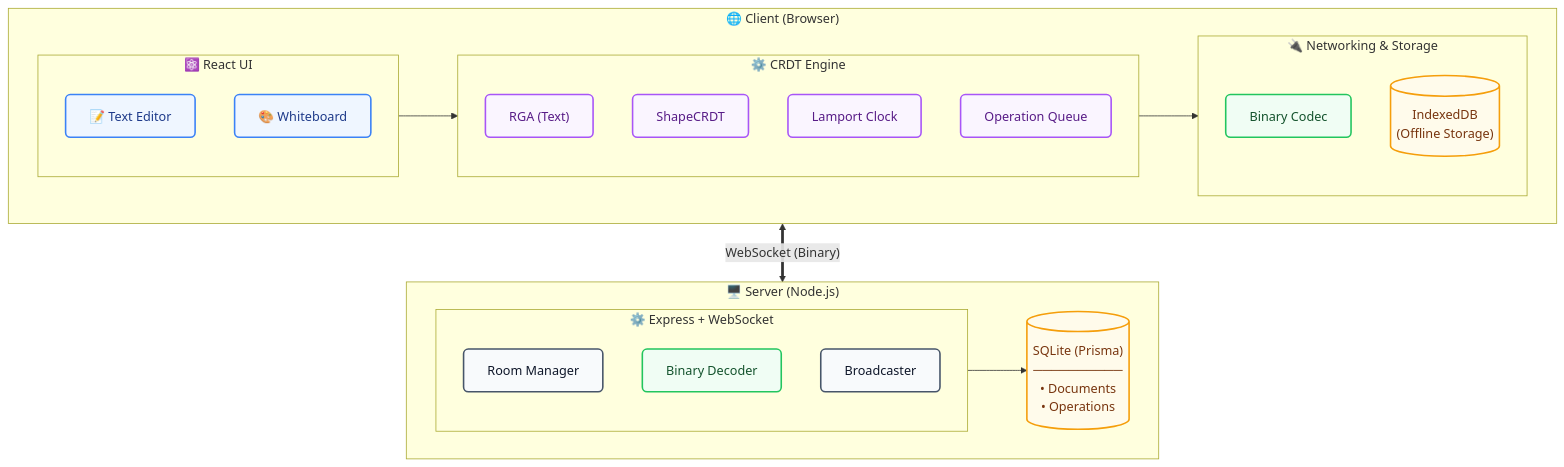
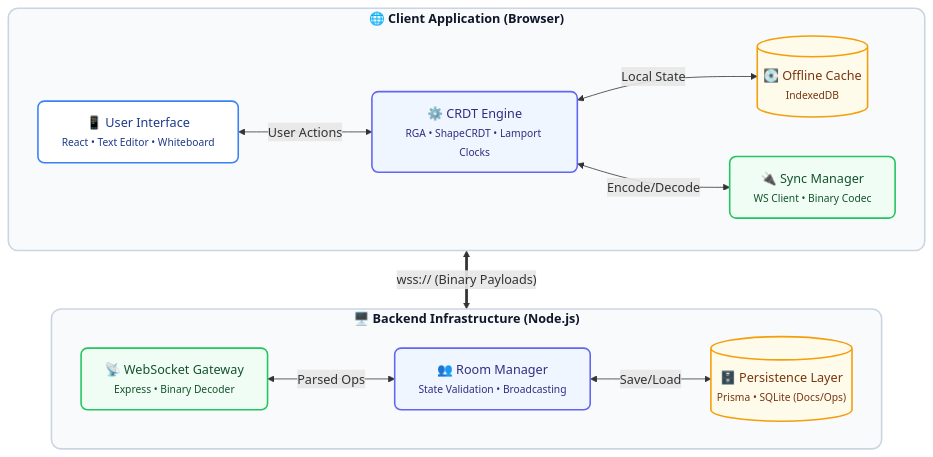
Before and after one commit to thapasubashb/Canvas_Sync: the diagram in README.md, drawn with Mermaid.

Commit message:
created  an architure look

````diff
--- a/README.md
+++ b/README.md
@@ -10,55 +10,46 @@
 ```mermaid
 flowchart TD
-    %% Define Custom Styles
-    classDef ui fill:#eff6ff,stroke:#3b82f6,stroke-width:2px,color:#1e3a8a,rx:6px
-    classDef crdt fill:#faf5ff,stroke:#a855f7,stroke-width:2px,color:#581c87,rx:6px
-    classDef net fill:#f0fdf4,stroke:#22c55e,stroke-width:2px,color:#14532d,rx:6px
-    classDef server fill:#f8fafc,stroke:#475569,stroke-width:2px,color:#0f172a,rx:6px
-    classDef db fill:#fffbeb,stroke:#f59e0b,stroke-width:2px,color:#78350f,rx:6px
+    %% 1. Define Modern, Corporate Styles
+    classDef boundary fill:#f8fafc,stroke:#cbd5e1,stroke-width:2px,rx:12px,color:#0f172a,font-weight:bold
+    classDef ui fill:#ffffff,stroke:#3b82f6,stroke-width:2px,rx:8px,color:#1e3a8a
+    classDef core fill:#eff6ff,stroke:#6366f1,stroke-width:2px,rx:8px,color:#312e81
+    classDef network fill:#f0fdf4,stroke:#22c55e,stroke-width:2px,rx:8px,color:#14532d
+    classDef storage fill:#fffbeb,stroke:#f59e0b,stroke-width:2px,rx:8px,color:#78350f
 
-    %% CLIENT SECTION
-    subgraph Client ["🌐 Client (Browser)"]
+    %% 2. Client Architecture
+    subgraph Client ["🌐 Client Application (Browser)"]
         direction LR
         
-        subgraph UI ["⚛️ React UI"]
-            direction TB
-            Editor["📝 Text Editor"]:::ui
-            Whiteboard["🎨 Whiteboard"]:::ui
-        end
-
-        subgraph CRDT ["⚙️ CRDT Engine"]
-            direction TB
-            RGA["RGA (Text)"]:::crdt
-            Shape["ShapeCRDT"]:::crdt
-            Clock["Lamport Clock"]:::crdt
-            OpQ["Operation Queue"]:::crdt
-        end
-
-        subgraph ClientNet ["🔌 Networking & Storage"]
-            direction TB
-            CodecC["Binary Codec"]:::net
-            IDB[("IndexedDB<br/>(Offline Storage)")]:::db
-        end
-
-        UI --> CRDT --> ClientNet
+        UI["📱 User Interface<br/><span style='font-size:13px;font-weight:normal;color:#475569'>React • Text Editor • Whiteboard</span>"]:::ui
+        
+        CRDT["⚙️ CRDT Engine<br/><span style='font-size:13px;font-weight:normal;color:#475569'>RGA • ShapeCRDT • Lamport Clocks</span>"]:::core
+        
+        Sync["🔌 Sync Manager<br/><span style='font-size:13px;font-weight:normal;color:#475569'>WS Client • Binary Codec</span>"]:::network
+        
+        IDB[("💽 Offline Cache<br/><span style='font-size:13px;font-weight:normal;color:#475569'>IndexedDB</span>")]:::storage
+        
+        UI <-->|User Actions| CRDT
+        CRDT <-->|Local State| IDB
+        CRDT <-->|Encode/Decode| Sync
     end
 
-    %% SERVER SECTION
-    subgraph Server ["🖥️ Server (Node.js)"]
+    %% 3. Server Architecture
+    subgraph Server ["🖥️ Backend Infrastructure (Node.js)"]
         direction LR
         
-        subgraph ServerNet ["⚙️ Express + WebSocket"]
-            direction TB
-            RoomMgr["Room Manager"]:::server
-            CodecS["Binary Decoder"]:::net
-            Bcast["Broadcaster"]:::server
-        end
-
-        DB[("SQLite (Prisma)<br/>──────────<br/>• Documents<br/>• Operations")]:::db
+        Gateway["📡 WebSocket Gateway<br/><span style='font-size:13px;font-weight:normal;color:#475569'>Express • Binary Decoder</span>"]:::network
         
-        ServerNet --> DB
+        Rooms["👥 Room Manager<br/><span style='font-size:13px;font-weight:normal;color:#475569'>State Validation • Broadcasting</span>"]:::core
+        
+        DB[("🗄️ Persistence Layer<br/><span style='font-size:13px;font-weight:normal;color:#475569'>Prisma • SQLite (Docs/Ops)</span>")]:::storage
+        
+        Gateway <-->|Parsed Ops| Rooms
+        Rooms <-->|Save/Load| DB
     end
 
-    %% NETWORK CONNECTION
-    ClientNet <==>|"WebSocket (Binary)"| ServerNet
+    %% 4. Network Link
+    Sync <==>|"wss:// (Binary Payloads)"| Gateway
+    
+    %% Apply bounding box style
+    class Client,Server boundary
 ```
````
